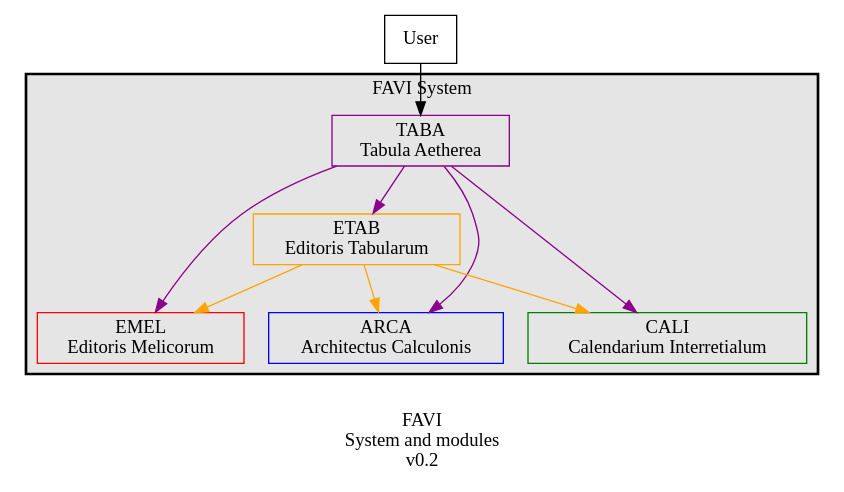
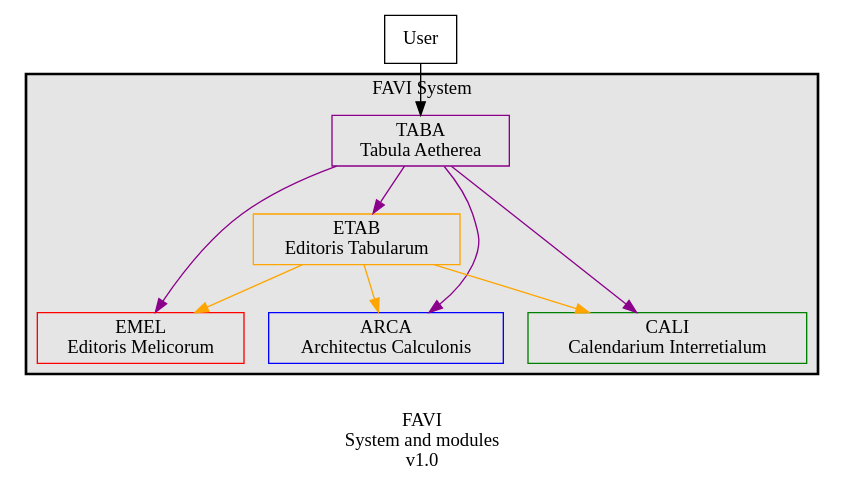
The diagram in static/design/dot/favi-system.dot (guild-st-isidore-TO/fabrica-virtualis), drawn with Graphviz before and after one commit. The commit also changed 7 other files, not shown here.

```diff
--- a/static/design/dot/favi-system.dot
+++ b/static/design/dot/favi-system.dot
@@ -1,32 +1,32 @@
 digraph {
-    label = "\nFAVI\nSystem and modules\nv0.2";
+    label = "\nFAVI\nSystem and modules\nv1.0";
     node [shape = box;];
     
     user -> tabulaAetherea;
     
     subgraph cluster_0 {
         label = "FAVI System";
         color = black;
         bgcolor = grey90;
         penwidth = 2;
         node [bgcolor = white;];
         
         tabulaAetherea -> editorisMelicorum [color = darkmagenta;];
         tabulaAetherea -> editorisTabularum [color = darkmagenta;];
         tabulaAetherea -> architectusCalculonis [color = darkmagenta;];
         tabulaAetherea -> calendariumIhterretialum [color = darkmagenta;];
         
         editorisTabularum -> editorisMelicorum [color = orange;];
         editorisTabularum -> architectusCalculonis [color = orange;];
         editorisTabularum -> calendariumIhterretialum [color = orange;];
     }
     
     user [label = "User";];
     
     tabulaAetherea [label = "TABA\nTabula Aetherea";color = darkmagenta;];
     architectusCalculonis [label = "ARCA\nArchitectus Calculonis";color = blue;];
     calendariumIhterretialum [label = "CALI\nCalendarium Interretialum";color = green;];
     
     editorisTabularum [label = "ETAB\nEditoris Tabularum";color = orange;];
     editorisMelicorum [label = "EMEL\nEditoris Melicorum";color = red;];
 }
```
